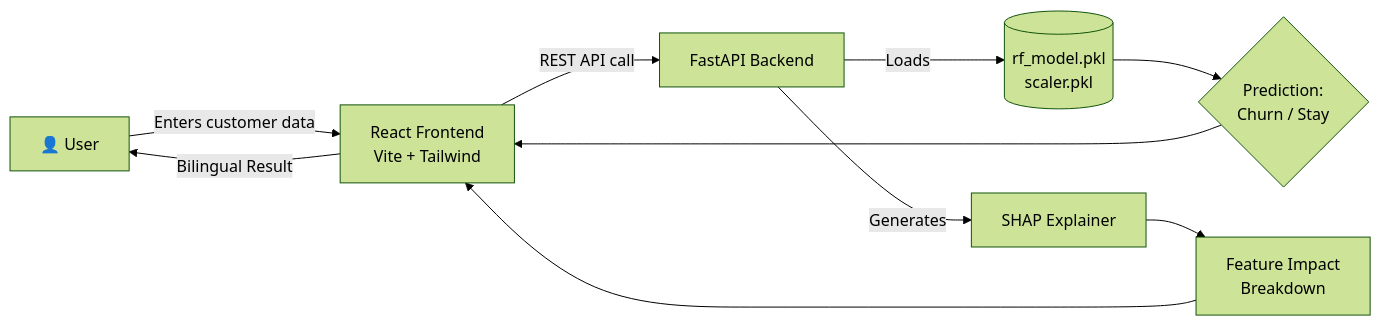
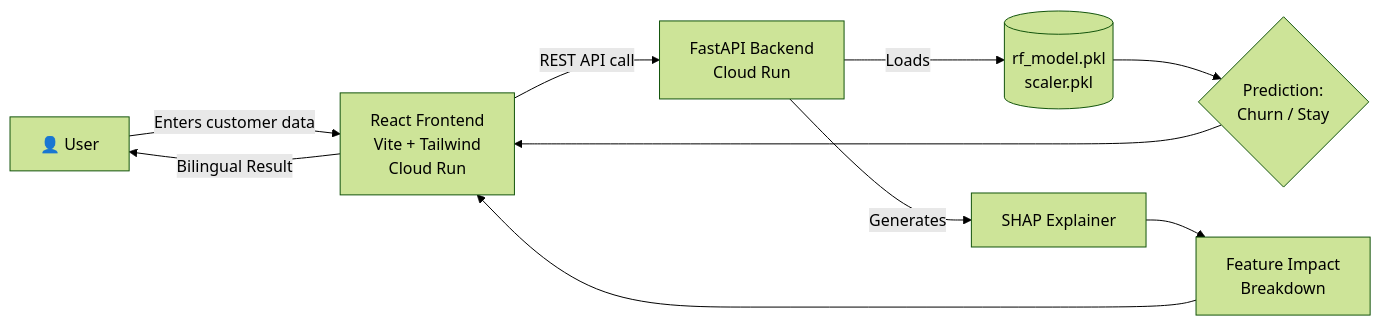
Before and after one commit to hasinduudara/IJSE-ML-Group-Project-Customer-Churn-Predictor: the diagram in README.md, drawn with Mermaid (forest theme). The commit also changed other lines of this file, not shown here.

````diff
--- a/README.md
+++ b/README.md
@@ -129,12 +134,12 @@
 ```mermaid
 flowchart LR
-    A[👤 User] -->|Enters customer data| B[React Frontend<br/>Vite + Tailwind]
-    B -->|REST API call| C[FastAPI Backend]
+    A[👤 User] -->|Enters customer data| B[React Frontend<br/>Vite + Tailwind<br/>Cloud Run]
+    B -->|REST API call| C[FastAPI Backend<br/>Cloud Run]
     C -->|Loads| D[(rf_model.pkl<br/>scaler.pkl)]
     C -->|Generates| E[SHAP Explainer]
     D --> F{Prediction:<br/>Churn / Stay}
     E --> G[Feature Impact<br/>Breakdown]
     F --> B
     G --> B
     B -->|Bilingual Result| A
 ```
````
